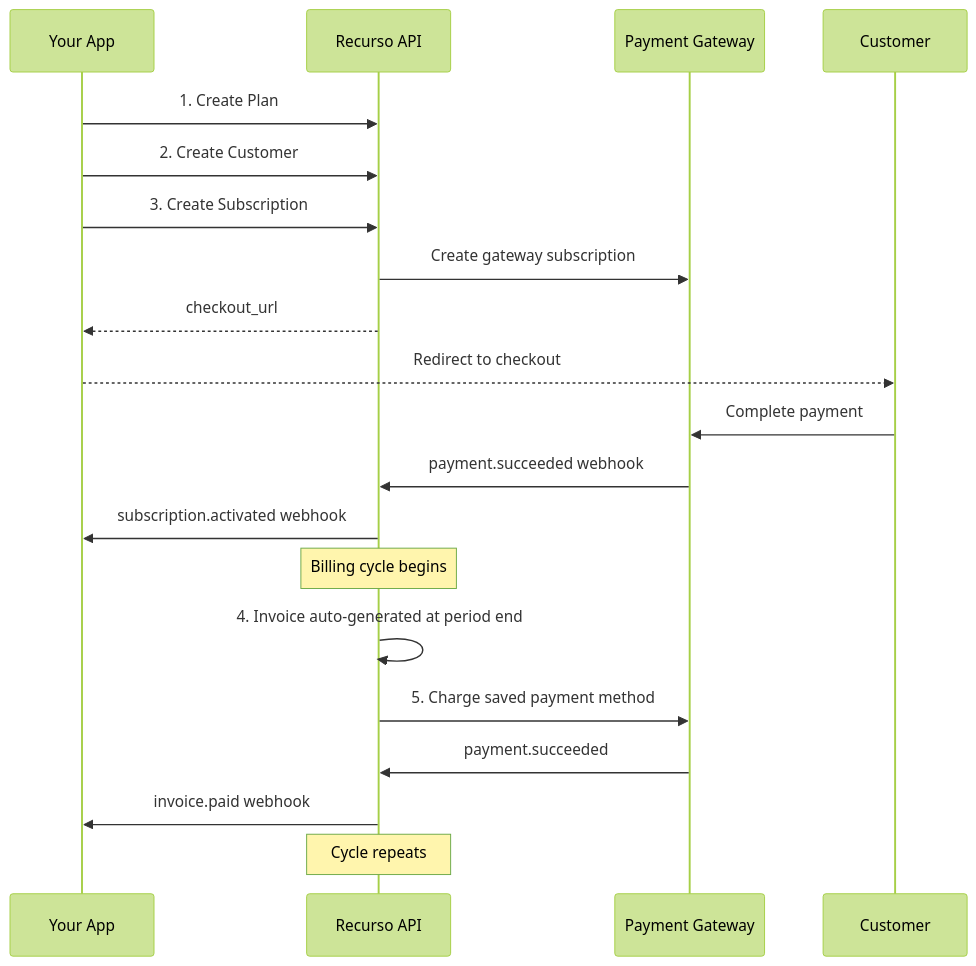
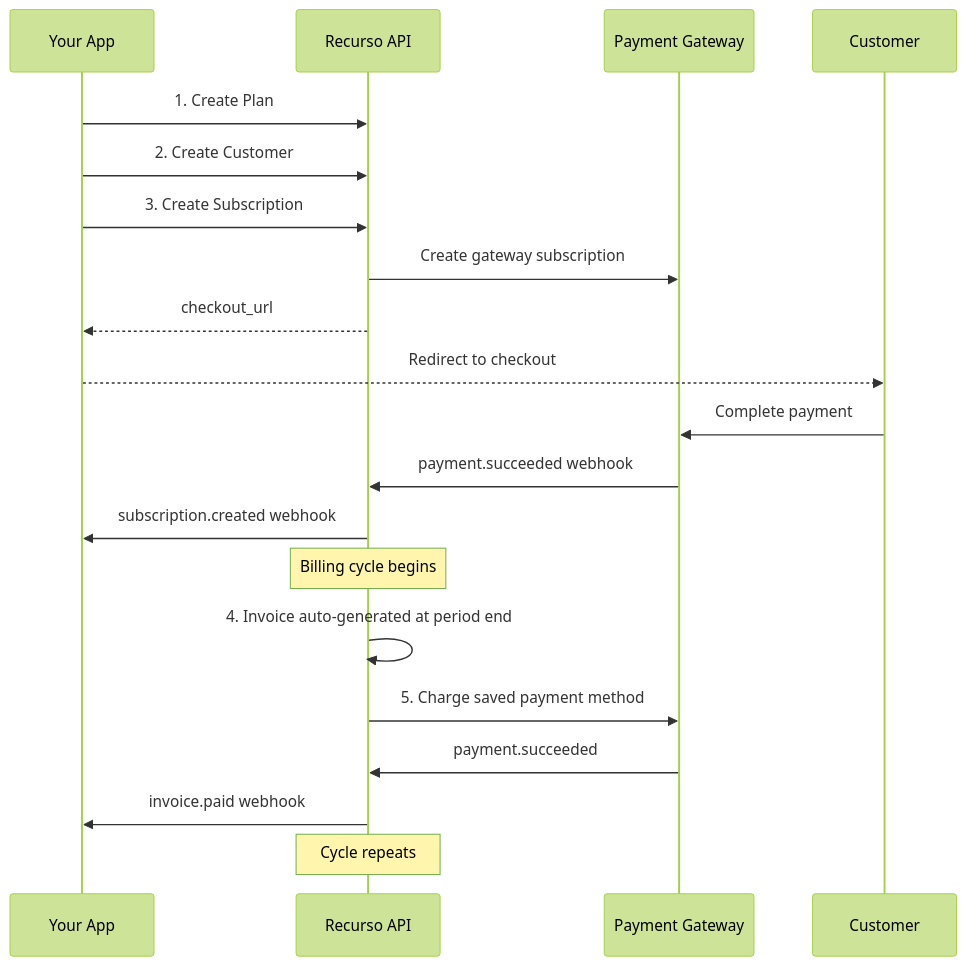
Before and after one commit to swapnull-in/docs: the diagram in end-to-end.mdx, drawn with Mermaid (forest theme). The commit also changed other lines of this file and 14 other files, not shown here.

````diff
--- a/end-to-end.mdx
+++ b/end-to-end.mdx
@@ -10,23 +10,23 @@
 ```mermaid
 sequenceDiagram
     participant You as Your App
     participant R as Recurso API
     participant G as Payment Gateway
     participant C as Customer
 
     You->>R: 1. Create Plan
     You->>R: 2. Create Customer
     You->>R: 3. Create Subscription
     R->>G: Create gateway subscription
     R-->>You: checkout_url
     You-->>C: Redirect to checkout
     C->>G: Complete payment
     G->>R: payment.succeeded webhook
-    R->>You: subscription.activated webhook
+    R->>You: subscription.created webhook
     Note over R: Billing cycle begins
     R->>R: 4. Invoice auto-generated at period end
     R->>G: 5. Charge saved payment method
     G->>R: payment.succeeded
     R->>You: invoice.paid webhook
     Note over R: Cycle repeats
 ```
````
